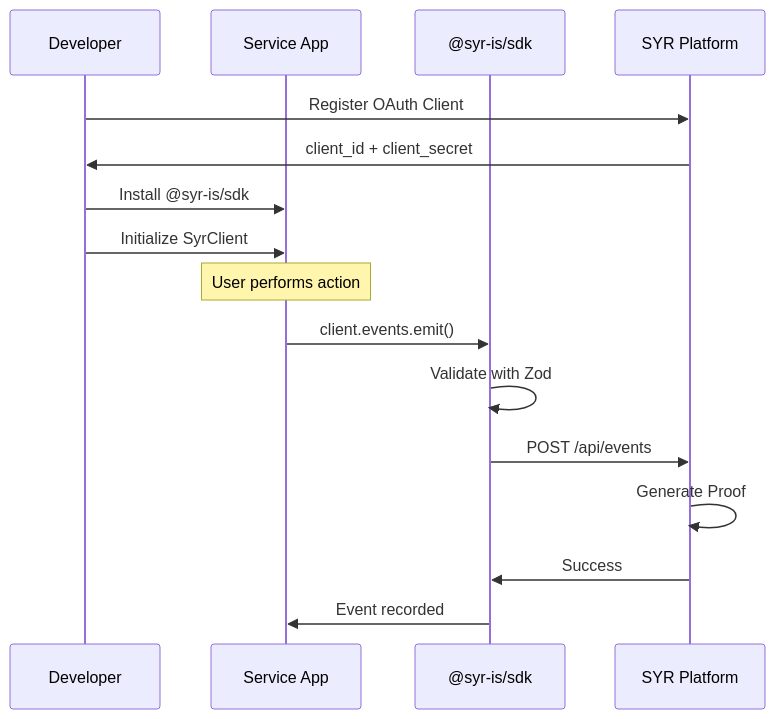
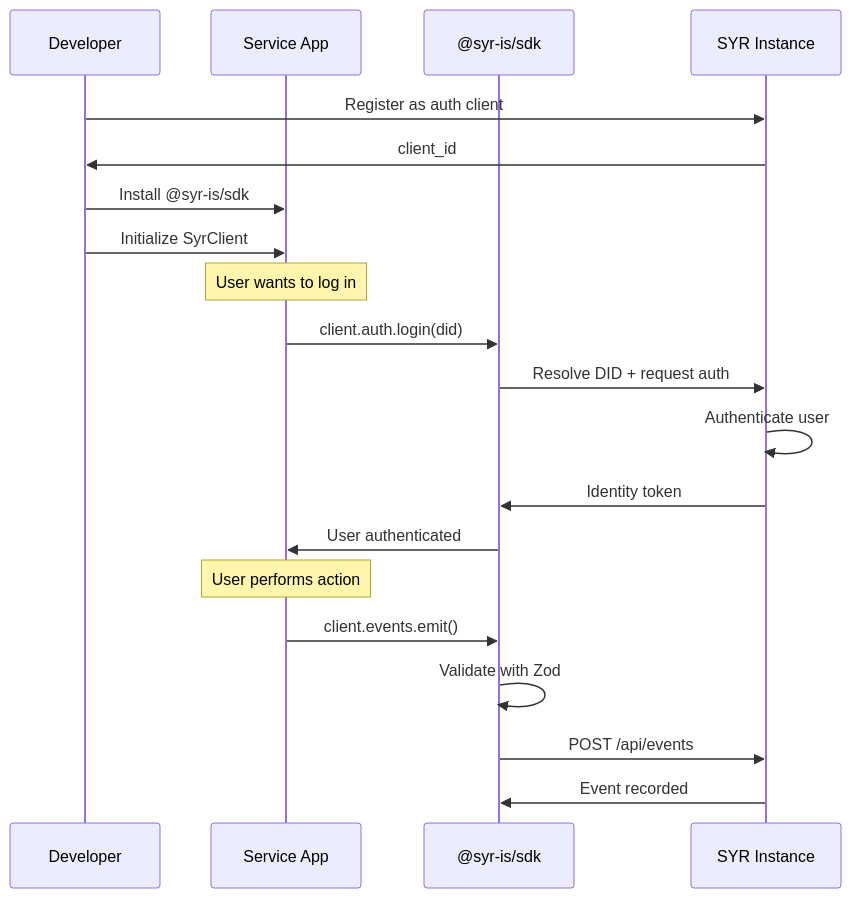
One commit to syr-is/syr changed diagram 16 of 19 in Architecture.md. Above: the diagram before and after it, drawn with Mermaid. The commit also changed other lines of this file and 491 other files, not shown here.

````diff
--- a/Architecture.md
+++ b/Architecture.md
@@ -572,22 +607,28 @@
 ```mermaid
 sequenceDiagram
     participant Dev as Developer
     participant Service as Service App
     participant SDK as @syr-is/sdk
-    participant SYR as SYR Platform
+    participant SYR as SYR Instance
 
-    Dev->>SYR: Register OAuth Client
-    SYR->>Dev: client_id + client_secret
+    Dev->>SYR: Register as auth client
+    SYR->>Dev: client_id
 
     Dev->>Service: Install @syr-is/sdk
     Dev->>Service: Initialize SyrClient
+
+    Note over Service: User wants to log in
+
+    Service->>SDK: client.auth.login(did)
+    SDK->>SYR: Resolve DID + request auth
+    SYR->>SYR: Authenticate user
+    SYR->>SDK: Identity token
+    SDK->>Service: User authenticated
 
     Note over Service: User performs action
 
     Service->>SDK: client.events.emit()
     SDK->>SDK: Validate with Zod
     SDK->>SYR: POST /api/events
-    SYR->>SYR: Generate Proof
-    SYR->>SDK: Success
-    SDK->>Service: Event recorded
+    SYR->>SDK: Event recorded
 ```
````
